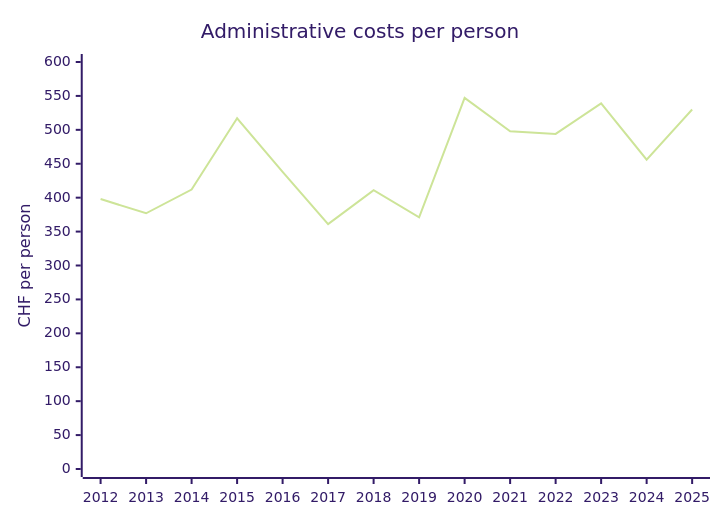
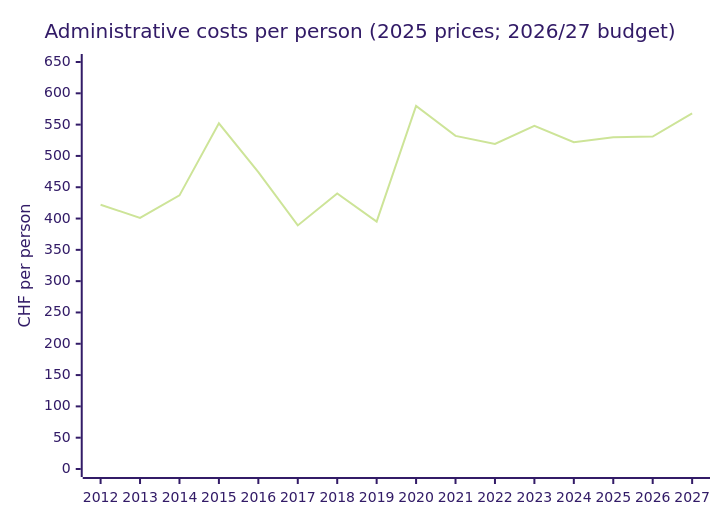
The fifth of 14 diagrams in docs/politik/finanzen-beringen.en.md (risajef/risajef.github.io), drawn with Mermaid (forest theme) before and after one commit. The commit also changed other lines of this file and 1 other file, not shown here.

````diff
--- a/docs/politik/finanzen-beringen.en.md
+++ b/docs/politik/finanzen-beringen.en.md
@@ -80,7 +105,7 @@
 ```mermaid
 xychart
-title "Administrative costs per person"
-x-axis [2012, 2013, 2014, 2015, 2016, 2017, 2018, 2019, 2020, 2021, 2022, 2023, 2024, 2025]
-y-axis "CHF per person" 0 --> 600
-line [398, 377, 412, 517, 438, 361, 411, 371, 547, 498, 494, 539, 456, 530]
+title "Administrative costs per person (2025 prices; 2026/27 budget)"
+x-axis [2012, 2013, 2014, 2015, 2016, 2017, 2018, 2019, 2020, 2021, 2022, 2023, 2024, 2025, 2026, 2027]
+y-axis "CHF per person" 0 --> 650
+line [422, 401, 437, 552, 474, 389, 440, 395, 580, 532, 519, 548, 522, 530, 531, 568]
 ```
````
